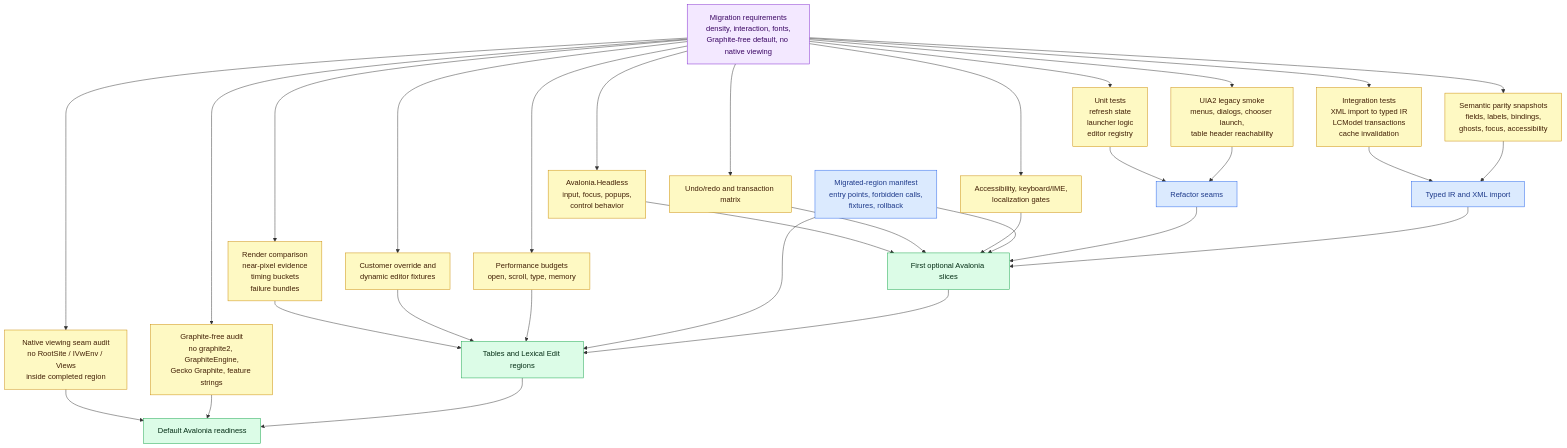
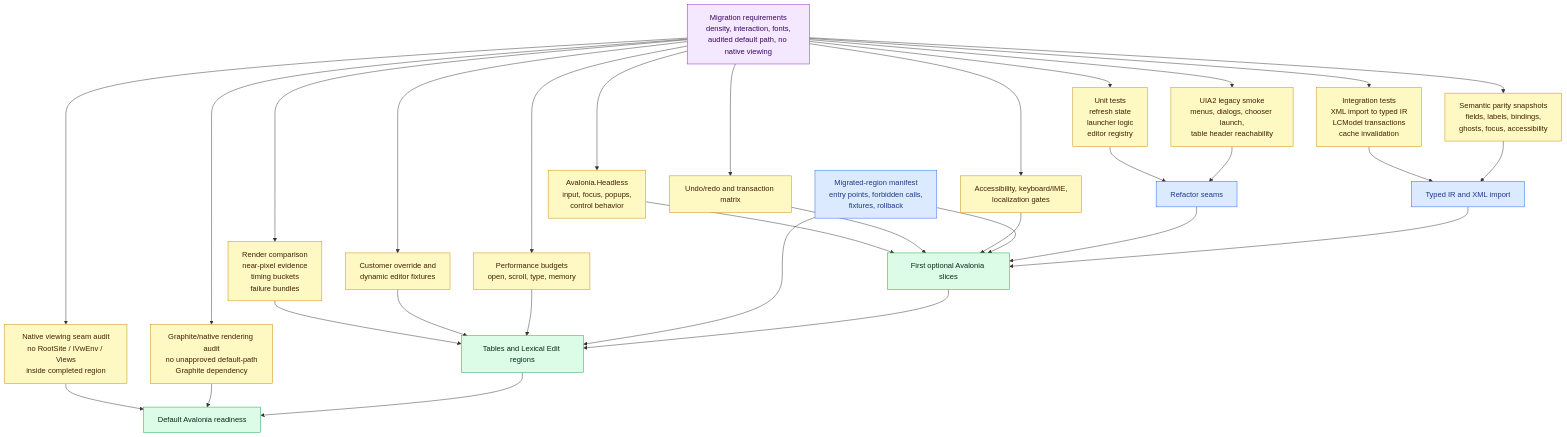
The third of 6 diagrams in openspec/changes/lexical-edit-avalonia-migration/architecture-diagrams.md (sillsdev/FieldWorks), drawn with Mermaid before and after one commit. The commit also changed other lines of this file and 25 other files, not shown here.

````diff
--- a/openspec/changes/lexical-edit-avalonia-migration/architecture-diagrams.md
+++ b/openspec/changes/lexical-edit-avalonia-migration/architecture-diagrams.md
@@ -133,46 +133,46 @@
 ```mermaid
 flowchart TB
-  Requirements["Migration requirements<br/>density, interaction, fonts,<br/>Graphite-free default, no native viewing"]:::model
+  Requirements["Migration requirements<br/>density, interaction, fonts,<br/>audited default path, no native viewing"]:::model
 
   Unit["Unit tests<br/>refresh state<br/>launcher logic<br/>editor registry"]:::test
   Integration["Integration tests<br/>XML import to typed IR<br/>LCModel transactions<br/>cache invalidation"]:::test
   Semantic["Semantic parity snapshots<br/>fields, labels, bindings,<br/>ghosts, focus, accessibility"]:::test
   LegacyUIA["UIA2 legacy smoke<br/>menus, dialogs, chooser launch,<br/>table header reachability"]:::test
   Render["Render comparison<br/>near-pixel evidence<br/>timing buckets<br/>failure bundles"]:::test
   Headless["Avalonia.Headless<br/>input, focus, popups,<br/>control behavior"]:::test
   NativeAudit["Native viewing seam audit<br/>no RootSite / IVwEnv / Views<br/>inside completed region"]:::test
-  GraphiteAudit["Graphite-free audit<br/>no graphite2, GraphiteEngine,<br/>Gecko Graphite, feature strings"]:::test
+  GraphiteAudit["Graphite/native rendering audit<br/>no unapproved default-path<br/>Graphite dependency"]:::test
   UndoGate["Undo/redo and transaction matrix"]:::test
   A11yGate["Accessibility, keyboard/IME,<br/>localization gates"]:::test
   OverrideGate["Customer override and<br/>dynamic editor fixtures"]:::test
   PerfGate["Performance budgets<br/>open, scroll, type, memory"]:::test
   RegionManifest["Migrated-region manifest<br/>entry points, forbidden calls,<br/>fixtures, rollback"]:::port
 
   Seam1["Refactor seams"]:::port
   Seam2["Typed IR and XML import"]:::port
   Slice1["First optional Avalonia slices"]:::future
   Slice2["Tables and Lexical Edit regions"]:::future
   Default["Default Avalonia readiness"]:::future
 
   Requirements --> Unit --> Seam1
   Requirements --> Integration --> Seam2
   Requirements --> Semantic --> Seam2
   Requirements --> LegacyUIA --> Seam1
   Requirements --> Render --> Slice2
   Requirements --> Headless --> Slice1
   Requirements --> NativeAudit --> Default
   Requirements --> GraphiteAudit --> Default
   Requirements --> UndoGate --> Slice1
   Requirements --> A11yGate --> Slice1
   Requirements --> OverrideGate --> Slice2
   Requirements --> PerfGate --> Slice2
   RegionManifest --> Slice1
   RegionManifest --> Slice2
   Seam1 --> Slice1 --> Slice2 --> Default
   Seam2 --> Slice1
 
   classDef model fill:#f3e8ff,stroke:#7e22ce,color:#3b0764;
   classDef port fill:#dbeafe,stroke:#2563eb,color:#1e3a8a;
   classDef future fill:#dcfce7,stroke:#16a34a,color:#052e16;
   classDef test fill:#fef9c3,stroke:#ca8a04,color:#422006;
 ```
````
